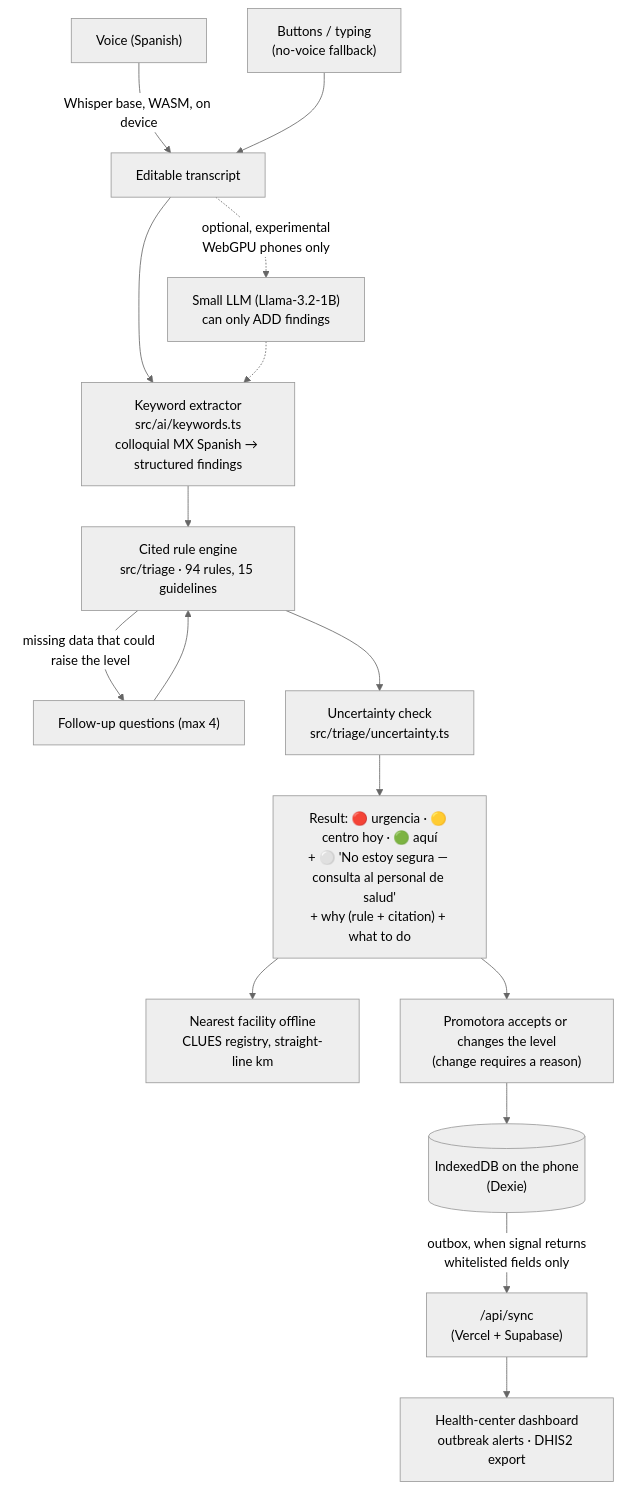
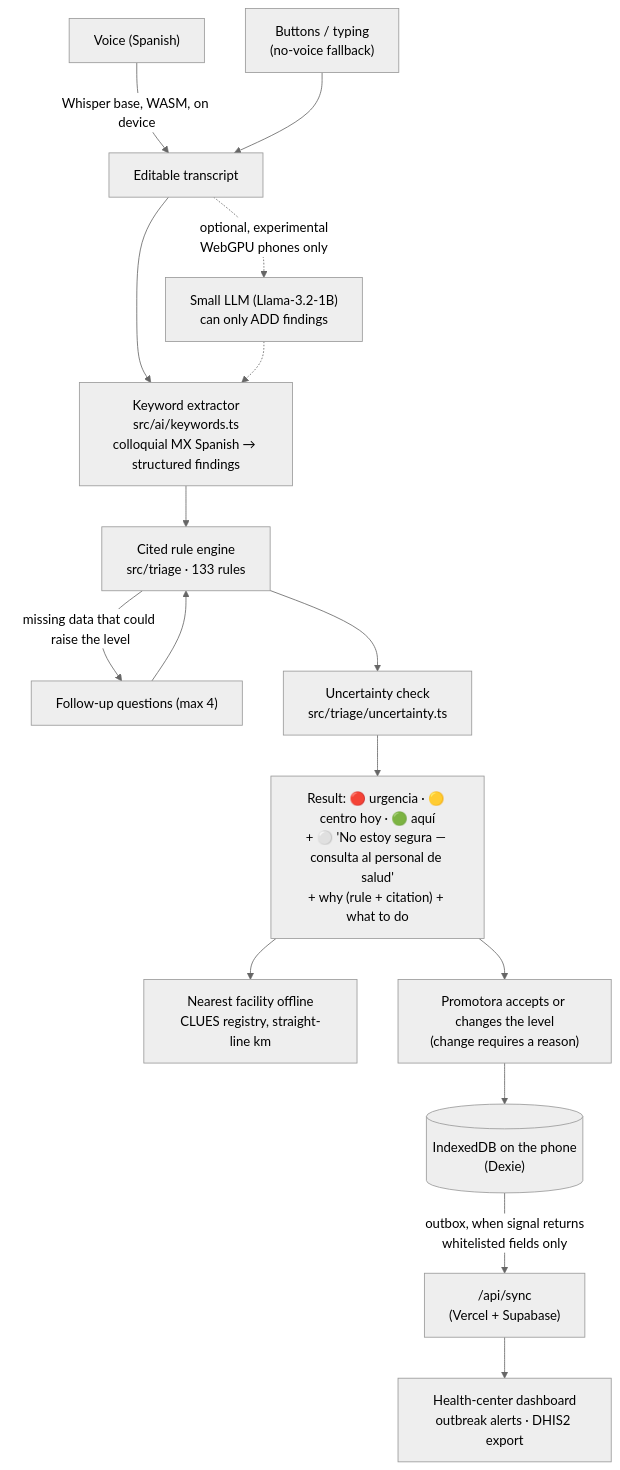
One commit to HaDeZIB/pahtli changed the diagram in README.md. Above: the diagram before and after it, drawn with Mermaid (neutral theme). The commit also changed other lines of this file and 25 other files, not shown here.

First line of the commit message:
feat(triage): round 3 — ask sex before pregnancy, 39 cited rules for common complaints, home-care advice per complaint, blind test_v3

````diff
--- a/README.md
+++ b/README.md
@@ -42,18 +42,18 @@
 ```mermaid
 flowchart TD
     V["Voice (Spanish)"] -->|"Whisper base, WASM, on device"| T["Editable transcript"]
     B["Buttons / typing<br/>(no-voice fallback)"] --> T
     T --> K["Keyword extractor<br/>src/ai/keywords.ts<br/>colloquial MX Spanish → structured findings"]
     T -.->|"optional, experimental<br/>WebGPU phones only"| L["Small LLM (Llama-3.2-1B)<br/>can only ADD findings"]
     L -.-> K
-    K --> R["Cited rule engine<br/>src/triage · 94 rules, 15 guidelines"]
+    K --> R["Cited rule engine<br/>src/triage · 133 rules"]
     R -->|"missing data that could raise the level"| Q["Follow-up questions (max 4)"]
     Q --> R
     R --> U["Uncertainty check<br/>src/triage/uncertainty.ts"]
     U --> RES["Result: 🔴 urgencia · 🟡 centro hoy · 🟢 aquí<br/>+ ⚪ 'No estoy segura — consulta al personal de salud'<br/>+ why (rule + citation) + what to do"]
     RES --> REF["Nearest facility offline<br/>CLUES registry, straight-line km"]
     RES --> H["Promotora accepts or changes the level<br/>(change requires a reason)"]
     H --> DB[("IndexedDB on the phone<br/>(Dexie)")]
     DB -->|"outbox, when signal returns<br/>whitelisted fields only"| API["/api/sync<br/>(Vercel + Supabase)"]
     API --> D["Health-center dashboard<br/>outbreak alerts · DHIS2 export"]
 ```
````
